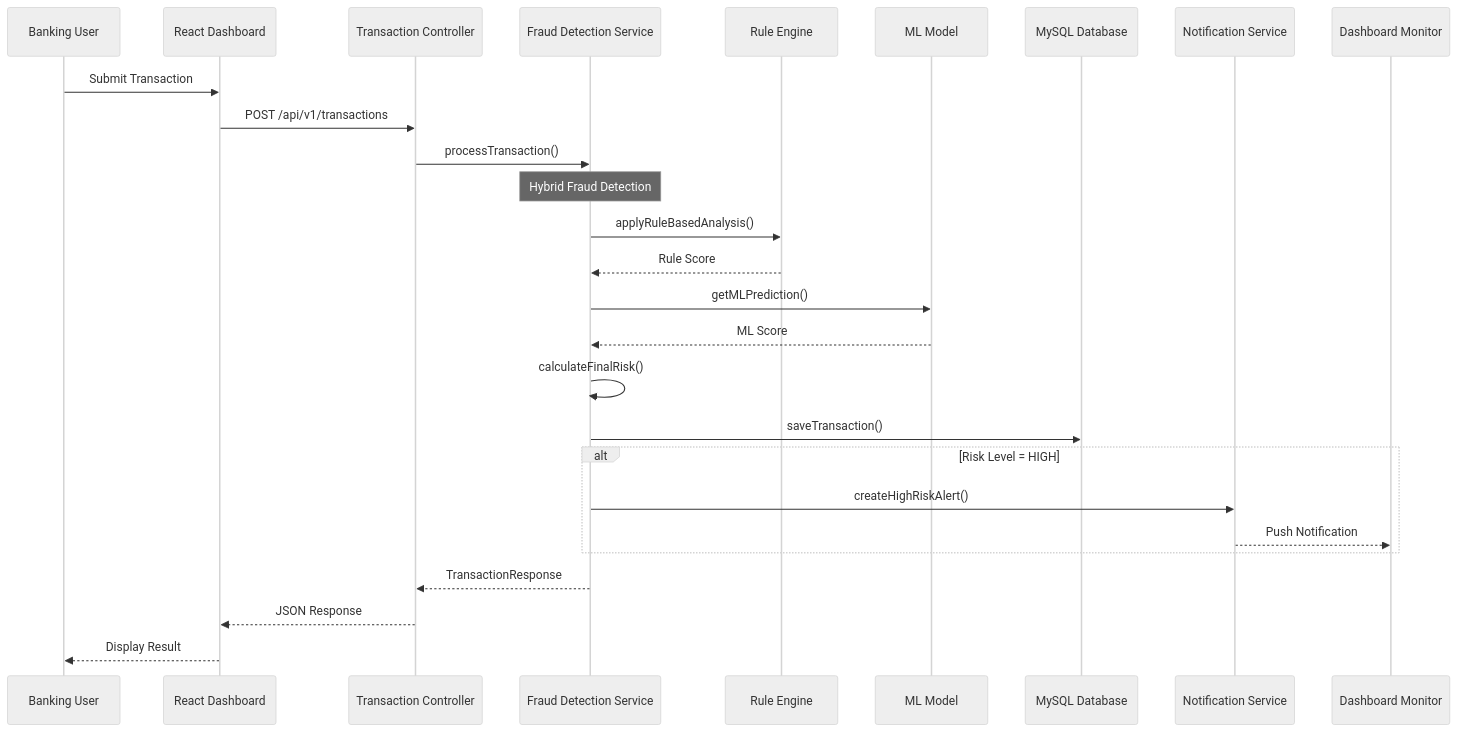
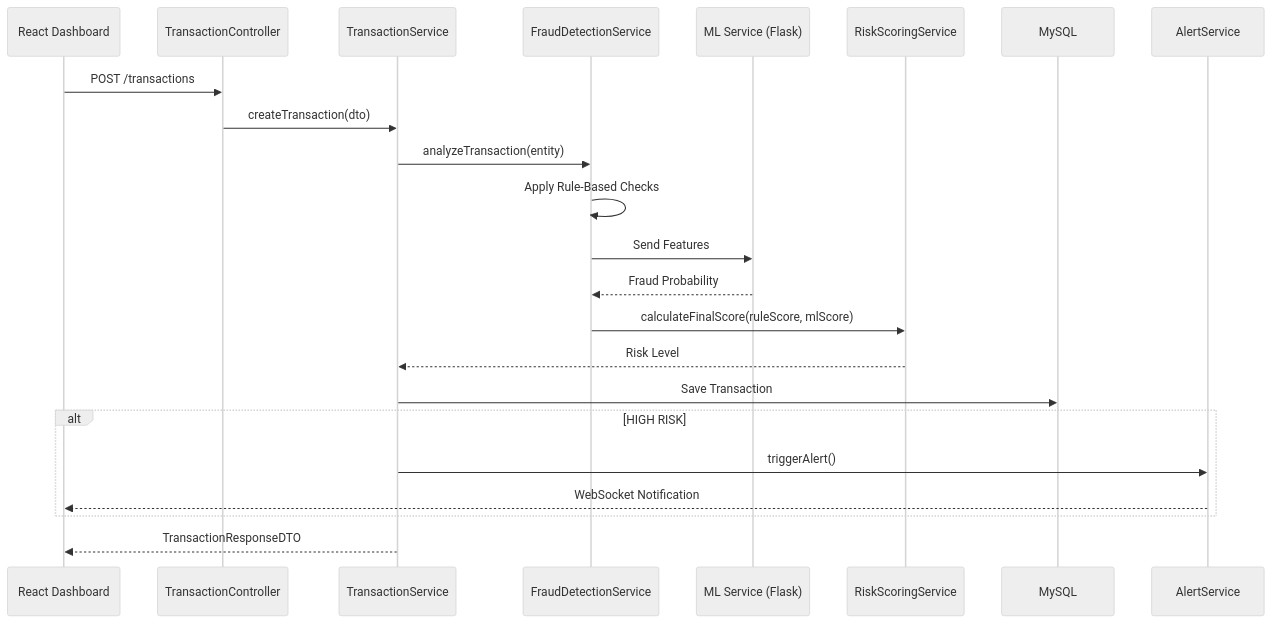
Before and after one commit to sreeraksha0123/DIGITAL_BANKING_FRAUD_DETECTION_AND_SIMULATION_ENGINE: the second of 5 diagrams in README.md, drawn with Mermaid (neutral theme). The commit also changed other lines of this file, not shown here.

First line of the commit message:
Revise README for digital banking fraud detection project

````diff
--- a/README.md
+++ b/README.md
@@ -62,37 +62,31 @@
 ```mermaid
 sequenceDiagram
-    participant User as Banking User
-    participant Dashboard as React Dashboard
-    participant Controller as Transaction Controller
-    participant Service as Fraud Detection Service
-    participant RuleEngine as Rule Engine
-    participant MLModel as ML Model
-    participant DB as MySQL Database
-    participant Notification as Notification Service
-    participant Monitor as Dashboard Monitor
+    participant UI as React Dashboard
+    participant TC as TransactionController
+    participant TS as TransactionService
+    participant FD as FraudDetectionService
+    participant ML as ML Service (Flask)
+    participant RS as RiskScoringService
+    participant DB as MySQL
+    participant AL as AlertService
 
-    User->>Dashboard: Submit Transaction
-    Dashboard->>Controller: POST /api/v1/transactions
-    Controller->>Service: processTransaction()
-    
-    Note over Service: Hybrid Fraud Detection
-    
-    Service->>RuleEngine: applyRuleBasedAnalysis()
-    RuleEngine-->>Service: Rule Score
-    
-    Service->>MLModel: getMLPrediction()
-    MLModel-->>Service: ML Score
-    
-    Service->>Service: calculateFinalRisk()
-    
-    Service->>DB: saveTransaction()
-    
-    alt Risk Level = HIGH
-        Service->>Notification: createHighRiskAlert()
-        Notification-->>Monitor: Push Notification
+    UI->>TC: POST /transactions
+    TC->>TS: createTransaction(dto)
+
+    TS->>FD: analyzeTransaction(entity)
+
+    FD->>FD: Apply Rule-Based Checks
+    FD->>ML: Send Features
+    ML-->>FD: Fraud Probability
+
+    FD->>RS: calculateFinalScore(ruleScore, mlScore)
+    RS-->>TS: Risk Level
+
+    TS->>DB: Save Transaction
+    alt HIGH RISK
+        TS->>AL: triggerAlert()
+        AL-->>UI: WebSocket Notification
     end
-    
-    Service-->>Controller: TransactionResponse
-    Controller-->>Dashboard: JSON Response
-    Dashboard-->>User: Display Result
+
+    TS-->>UI: TransactionResponseDTO
 ```
````
